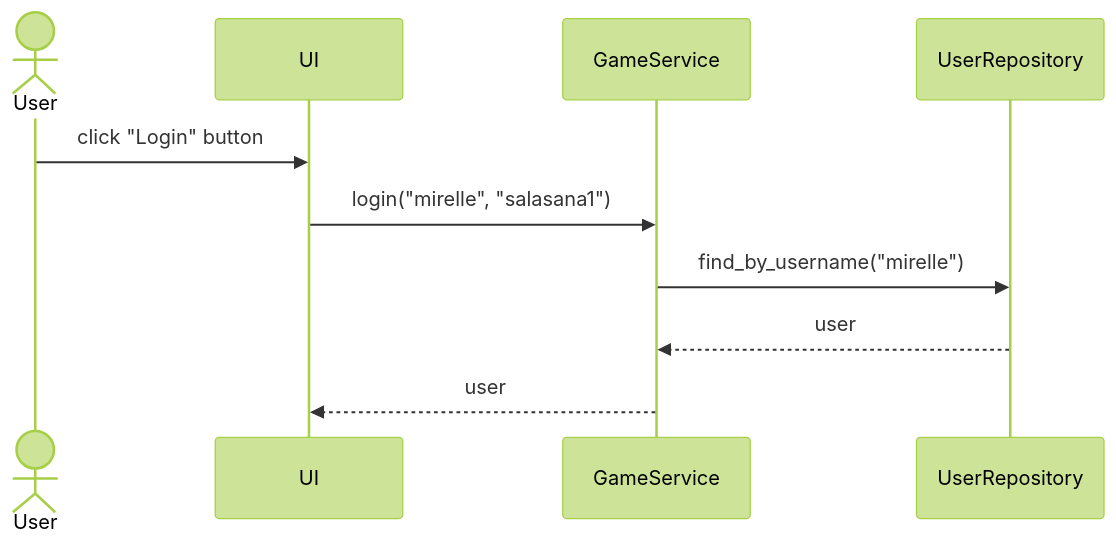
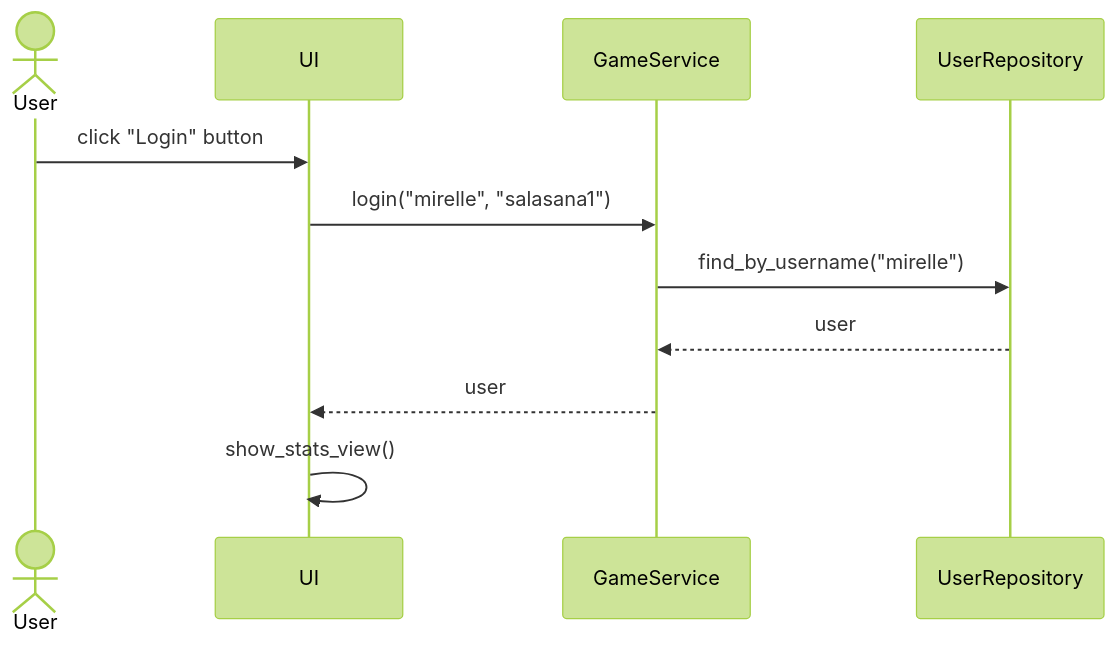
Before and after one commit to mirellel/ot-harjoitustyo: the first of 2 diagrams in dokumentaatio/arkkitehtuuri.md, drawn with Mermaid (forest theme). The commit also changed other lines of this file, not shown here.

````diff
--- a/dokumentaatio/arkkitehtuuri.md
+++ b/dokumentaatio/arkkitehtuuri.md
@@ -3,12 +27,13 @@
 ```mermaid
 sequenceDiagram
   actor User
   participant UI
   participant GameService
   participant UserRepository
   User->>UI: click "Login" button
   UI->>GameService: login("mirelle", "salasana1")
   GameService->>UserRepository: find_by_username("mirelle")
   UserRepository-->>GameService: user
   GameService-->>UI: user
+  UI->>UI: show_stats_view()
 ```
````
